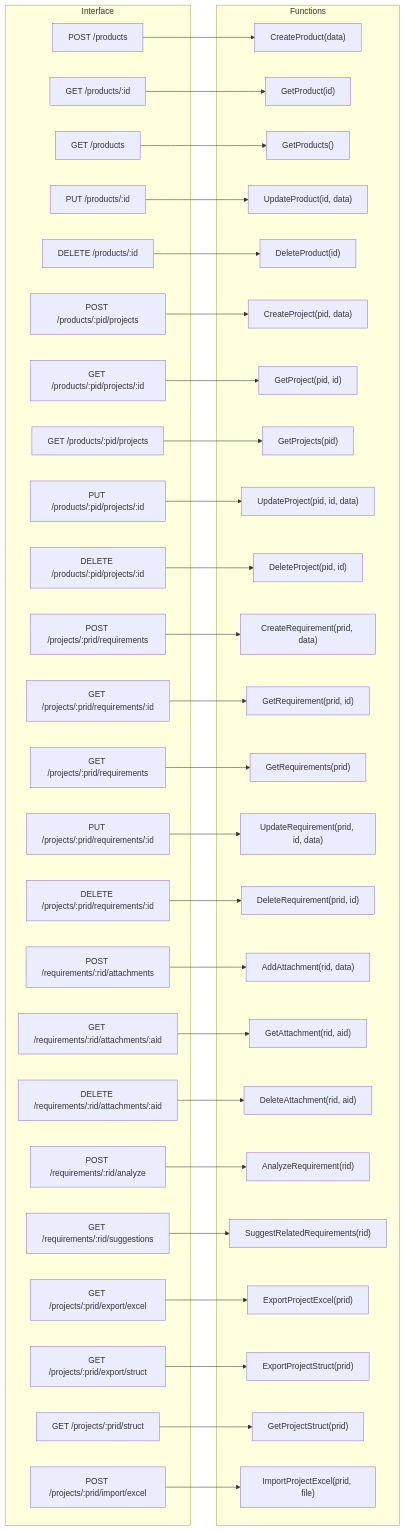
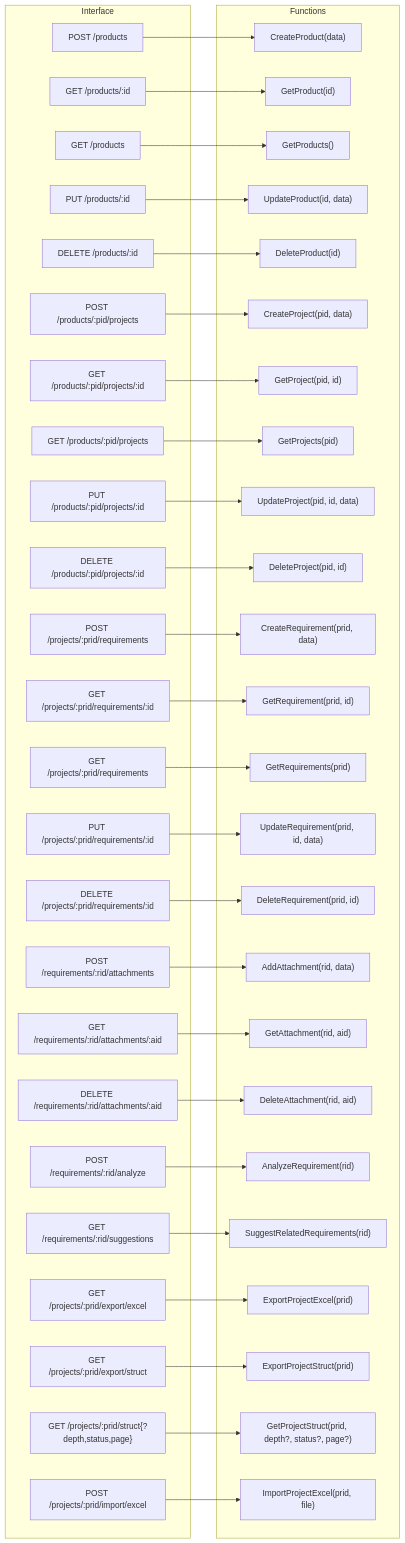
One commit to rjboer/PMFS changed the second of 2 diagrams in examples/webinterface/architecture.md. Above: the diagram before and after it, drawn with Mermaid. The commit also changed other lines of this file and 1 other file, not shown here.

Commit message:
docs: clarify struct default behavior

```diff
--- a/examples/webinterface/architecture.md
+++ b/examples/webinterface/architecture.md
@@ -43,7 +43,7 @@
 
         EXGET["GET /projects/:prid/export/excel"]
         EXSTR["GET /projects/:prid/export/struct"]
-        PRSTRUCT["GET /projects/:prid/struct"]
+        PRSTRUCT["GET /projects/:prid/struct{?depth,status,page}"]
         IMPOST["POST /projects/:prid/import/excel"]
     end
 
@@ -76,7 +76,7 @@
 
         ExportExcel["ExportProjectExcel(prid)"]
         ExportStruct["ExportProjectStruct(prid)"]
-        GetStruct["GetProjectStruct(prid)"]
+        GetStruct["GetProjectStruct(prid, depth?, status?, page?)"]
         ImportExcel["ImportProjectExcel(prid, file)"]
     end
 
```
